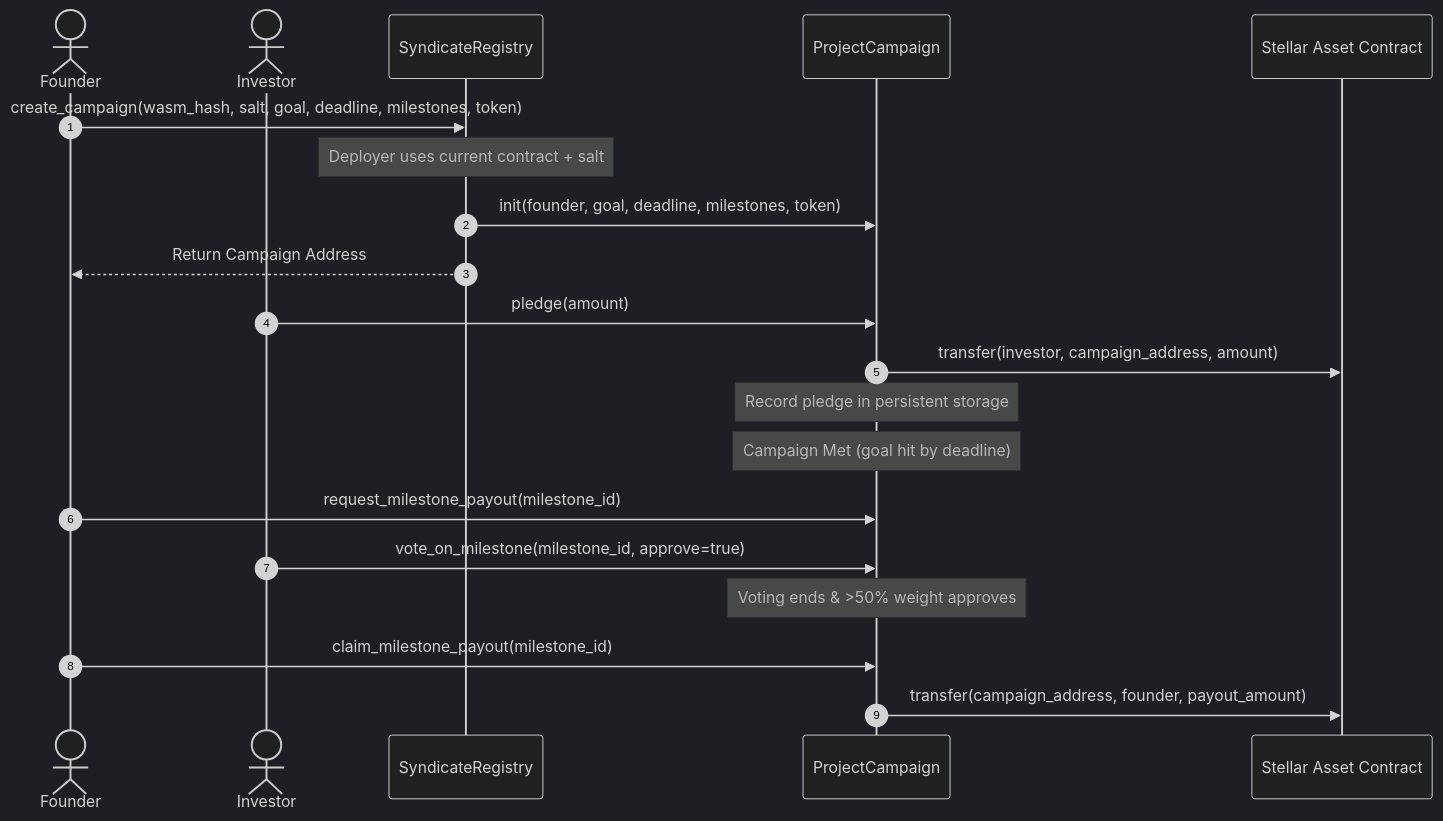
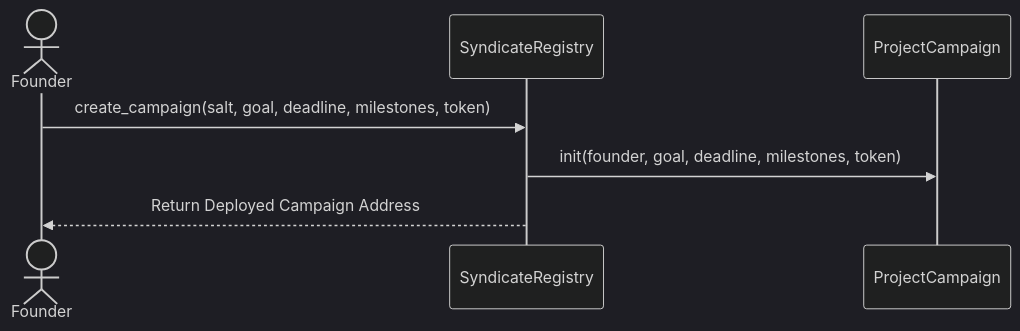
One commit to mrdd-coder/Seed-Chain changed the diagram in README.md. Above: the diagram before and after it, drawn with Mermaid (dark theme). The commit also changed other lines of this file, not shown here.

Commit message:
docs: overhaul README.md with Level 3 details, schemas, and media placeholders

````diff
--- a/README.md
+++ b/README.md
@@ -147,25 +87,9 @@
 ```mermaid
 sequenceDiagram
-    autonumber
     actor Founder
-    actor Investor
     participant Registry as SyndicateRegistry
     participant Campaign as ProjectCampaign
-    participant SAC as Stellar Asset Contract
-
-    Founder->>Registry: create_campaign(wasm_hash, salt, goal, deadline, milestones, token)
-    Note over Registry: Deployer uses current contract + salt
+    Founder->>Registry: create_campaign(salt, goal, deadline, milestones, token)
     Registry->>Campaign: init(founder, goal, deadline, milestones, token)
-    Registry-->>Founder: Return Campaign Address
-
-    Investor->>Campaign: pledge(amount)
-    Campaign->>SAC: transfer(investor, campaign_address, amount)
-    Note over Campaign: Record pledge in persistent storage
-
-    Note over Campaign: Campaign Met (goal hit by deadline)
-    Founder->>Campaign: request_milestone_payout(milestone_id)
-    Investor->>Campaign: vote_on_milestone(milestone_id, approve=true)
-    Note over Campaign: Voting ends & >50% weight approves
-    Founder->>Campaign: claim_milestone_payout(milestone_id)
-    Campaign->>SAC: transfer(campaign_address, founder, payout_amount)
+    Registry-->>Founder: Return Deployed Campaign Address
 ```
````
